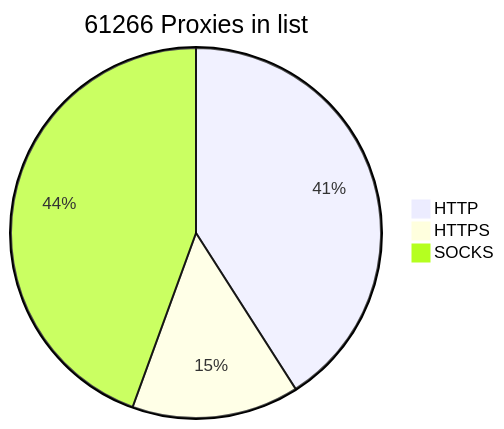
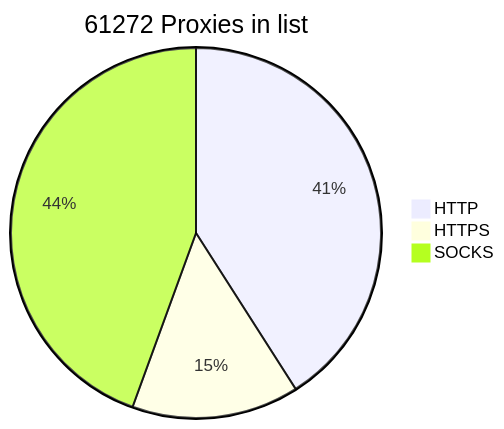
The diagram in README.md (BlackSnowDot/proxylist-update-every-minute), drawn with Mermaid before and after one commit.

````diff
--- a/README.md
+++ b/README.md
@@ -2,6 +2,6 @@
 ```mermaid
-pie title 61266 Proxies in list
-    "HTTP" : 28435
-    "HTTPS": 10144
+pie title 61272 Proxies in list
+    "HTTP" : 28441
+    "HTTPS": 10150
     "SOCKS" : 30858
 ```
````
